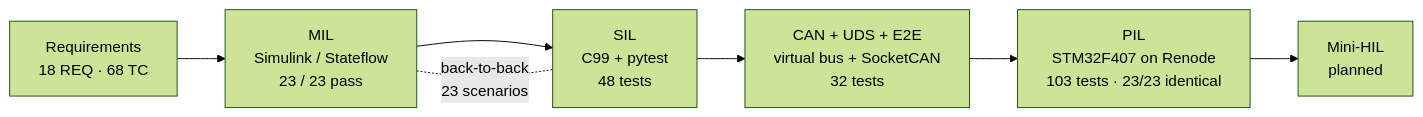
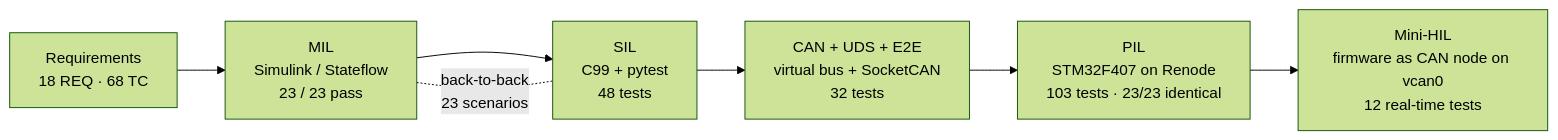
Before and after one commit to vivek123100/power-window-ecu-testing: the diagram in README.md, drawn with Mermaid (forest theme). The commit also changed other lines of this file and 24 other files, not shown here.

Commit message:
Mini-HIL: ECU firmware as CAN node on vcan0 (bxCAN, UDS+ISO-TP in C), real-time bench, 12 HIL tests, docs

````diff
--- a/README.md
+++ b/README.md
@@ -22,9 +24,9 @@
 ```mermaid
 flowchart LR
   REQ["Requirements<br/>18 REQ · 68 TC"] --> MIL["MIL<br/>Simulink / Stateflow<br/>23 / 23 pass"]
   MIL --> SIL["SIL<br/>C99 + pytest<br/>48 tests"]
   MIL -. "back-to-back<br/>23 scenarios" .- SIL
   SIL --> CAN["CAN + UDS + E2E<br/>virtual bus + SocketCAN<br/>32 tests"]
   CAN --> PIL["PIL<br/>STM32F407 on Renode<br/>103 tests · 23/23 identical"]
-  PIL --> HIL["Mini-HIL<br/>planned"]
+  PIL --> HIL["Mini-HIL<br/>firmware as CAN node on vcan0<br/>12 real-time tests"]
 ```
````
